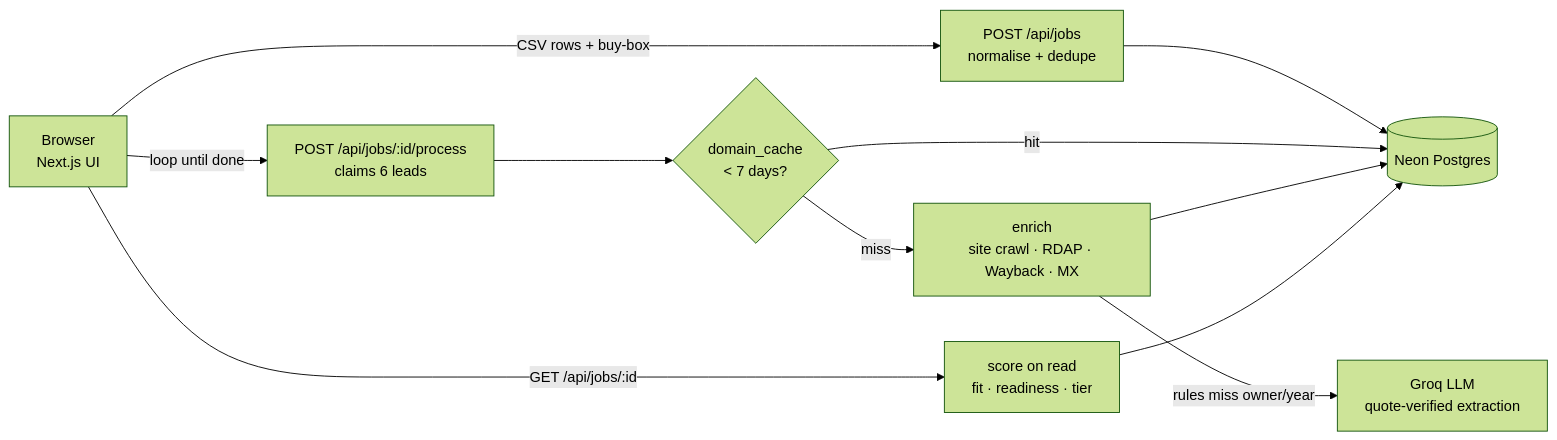
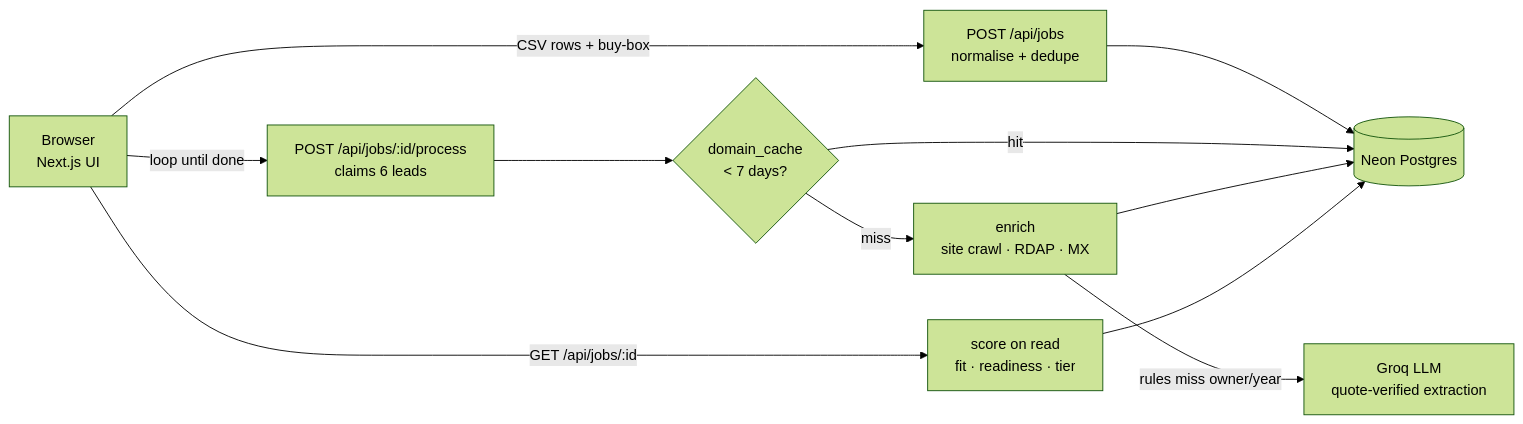
The diagram in README.md (tenderdeve/dealsignal), drawn with Mermaid (forest theme) before and after one commit. The commit also changed other lines of this file and 4 other files, not shown here.

````diff
--- a/README.md
+++ b/README.md
@@ -79,13 +79,13 @@
 ```mermaid
 flowchart LR
   B[Browser<br/>Next.js UI] -- CSV rows + buy-box --> J[POST /api/jobs<br/>normalise + dedupe]
   J --> DB[(Neon Postgres)]
   B -- loop until done --> P[POST /api/jobs/:id/process<br/>claims 6 leads]
   P --> C{domain_cache<br/>< 7 days?}
   C -- hit --> DB
-  C -- miss --> E[enrich<br/>site crawl · RDAP · Wayback · MX]
+  C -- miss --> E[enrich<br/>site crawl · RDAP · MX]
   E -- rules miss owner/year --> G[Groq LLM<br/>quote-verified extraction]
   E --> DB
   B -- GET /api/jobs/:id --> S[score on read<br/>fit · readiness · tier]
   S --> DB
 ```
````
